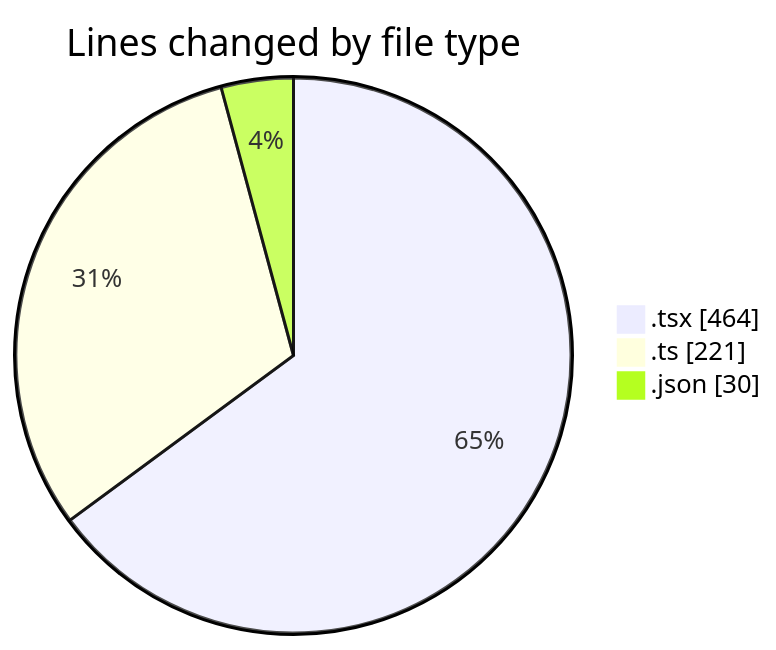
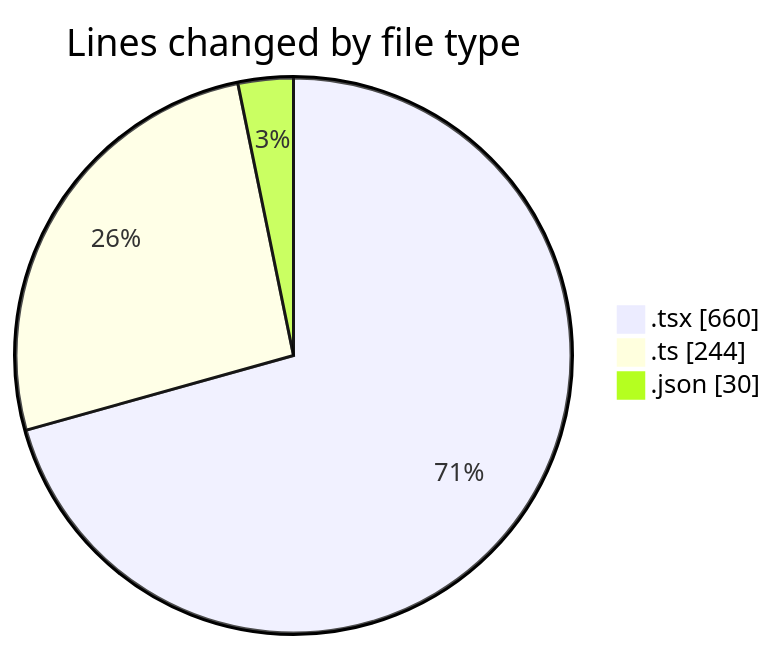
One commit to momahboobian/code-tracking changed the first of 2 diagrams in 2025-04-29/cda/README.md. Above: the diagram before and after it, drawn with Mermaid. The commit also changed other lines of this file and 1 other file, not shown here.

````diff
--- a/2025-04-29/cda/README.md
+++ b/2025-04-29/cda/README.md
@@ -26,7 +27,7 @@
 ```mermaid
 pie showData
 title Lines changed by file type
-".tsx" : 464
-".ts" : 221
+".tsx" : 660
+".ts" : 244
 ".json" : 30
 ```
````
